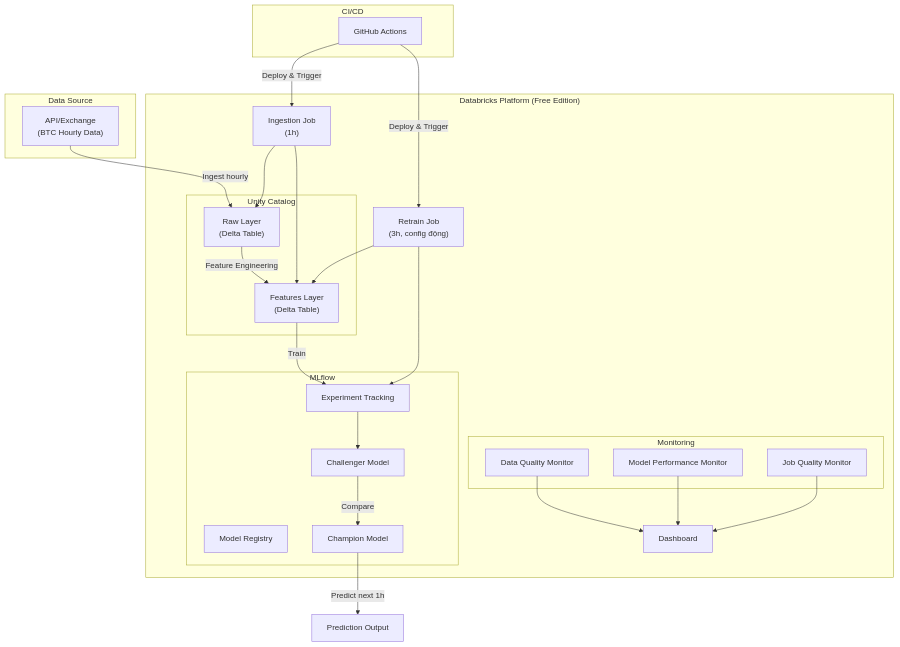
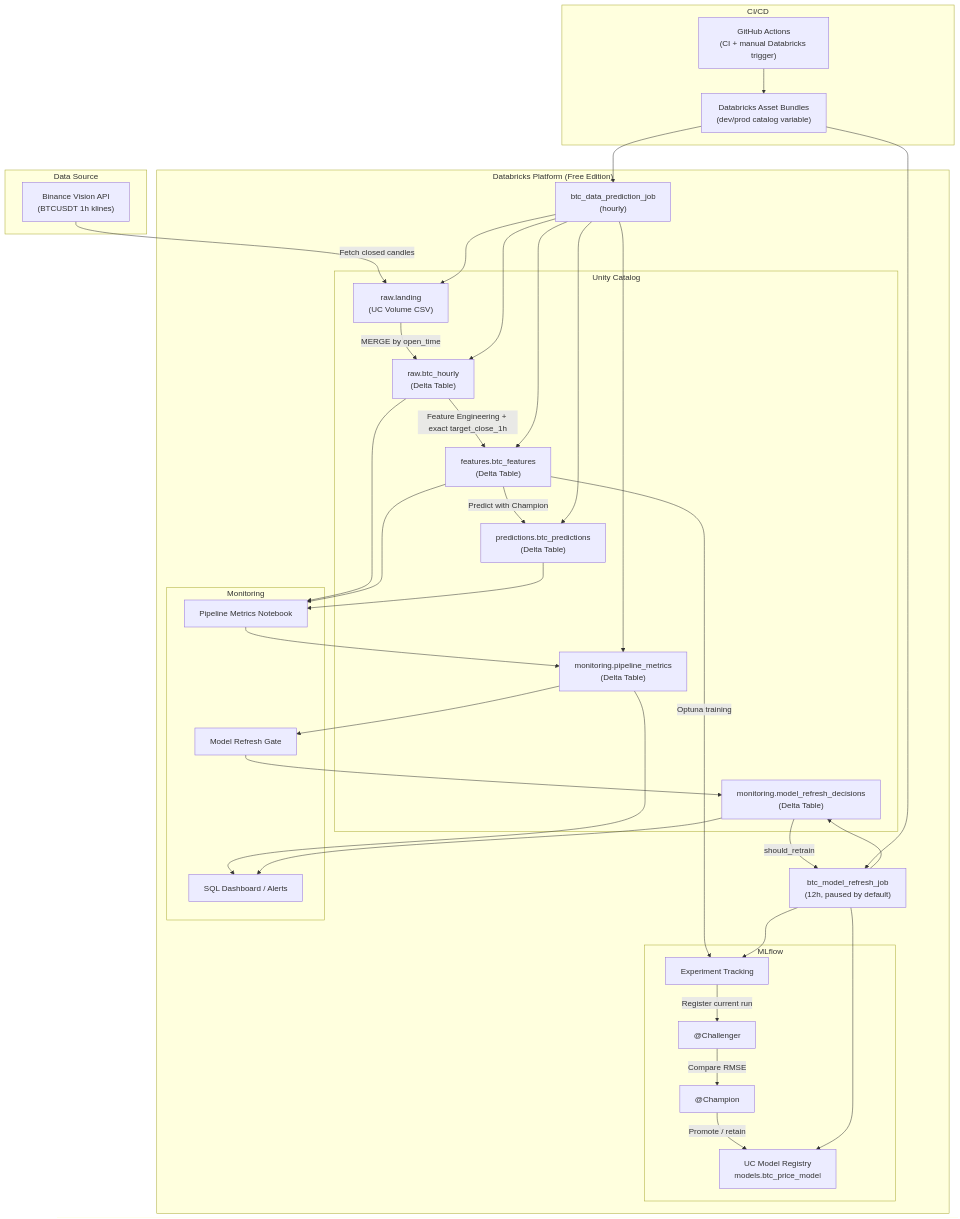
One commit to dunglk85/btc_mle_dbr changed the first of 2 diagrams in _bmad-output/planning-artifacts/implementation_plan.md. Above: the diagram before and after it, drawn with Mermaid. The commit also changed other lines of this file and 6 other files, not shown here.

````diff
--- a/_bmad-output/planning-artifacts/implementation_plan.md
+++ b/_bmad-output/planning-artifacts/implementation_plan.md
@@ -9,50 +9,67 @@
 ```mermaid
 graph TB
     subgraph "Data Source"
-        A["API/Exchange<br/>(BTC Hourly Data)"]
+        A["Binance Vision API<br/>(BTCUSDT 1h klines)"]
     end
 
     subgraph "Databricks Platform (Free Edition)"
         subgraph "Unity Catalog"
-            B["Raw Layer<br/>(Delta Table)"]
-            C["Features Layer<br/>(Delta Table)"]
+            V["raw.landing<br/>(UC Volume CSV)"]
+            B["raw.btc_hourly<br/>(Delta Table)"]
+            C["features.btc_features<br/>(Delta Table)"]
+            P["predictions.btc_predictions<br/>(Delta Table)"]
+            Q["monitoring.pipeline_metrics<br/>(Delta Table)"]
+            R["monitoring.model_refresh_decisions<br/>(Delta Table)"]
         end
-        
+
         subgraph "MLflow"
             D["Experiment Tracking"]
-            E["Model Registry"]
-            F["Champion Model"]
-            G["Challenger Model"]
+            E["UC Model Registry<br/>models.btc_price_model"]
+            F["@Champion"]
+            G["@Challenger"]
         end
-        
+
         subgraph "Monitoring"
-            H["Data Quality Monitor"]
-            I["Model Performance Monitor"]
-            J["Job Quality Monitor"]
+            H["Pipeline Metrics Notebook"]
+            I["Model Refresh Gate"]
+            J["SQL Dashboard / Alerts"]
         end
-        
-        K["Ingestion Job<br/>(1h)"]
-        O["Retrain Job<br/>(3h, config động)"]
-        L["Dashboard"]
+
+        K["btc_data_prediction_job<br/>(hourly)"]
+        O["btc_model_refresh_job<br/>(12h, paused by default)"]
     end
 
     subgraph "CI/CD"
-        M["GitHub Actions"]
+        M["GitHub Actions<br/>(CI + manual Databricks trigger)"]
+        N["Databricks Asset Bundles<br/>(dev/prod catalog variable)"]
     end
 
-    A -->|"Ingest hourly"| B
-    B -->|"Feature Engineering"| C
-    C -->|"Train"| D
-    D --> G
-    G -->|"Compare"| F
-    F -->|"Predict next 1h"| N["Prediction Output"]
-    M -->|"Deploy & Trigger"| K
-    M -->|"Deploy & Trigger"| O
+    A -->|"Fetch closed candles"| V
+    V -->|"MERGE by open_time"| B
+    B -->|"Feature Engineering + exact target_close_1h"| C
+    C -->|"Predict with Champion"| P
+    C -->|"Optuna training"| D
+    D -->|"Register current run"| G
+    G -->|"Compare RMSE"| F
+    F -->|"Promote / retain"| E
+    B --> H
+    C --> H
+    P --> H
+    H --> Q
+    Q --> I
+    I --> R
+    R -->|"should_retrain"| O
+    Q --> J
+    R --> J
+    M --> N
+    N --> K
+    N --> O
+    K --> V
     K --> B
     K --> C
-    O --> C
+    K --> P
+    K --> Q
+    O --> R
     O --> D
-    H --> L
-    I --> L
-    J --> L
+    O --> E
 ```
````
